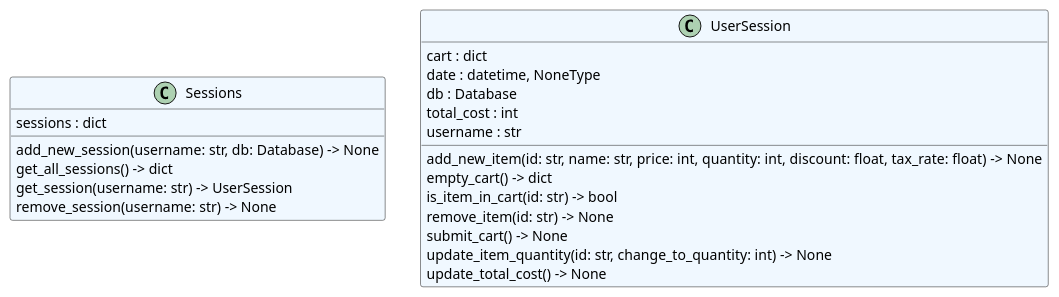
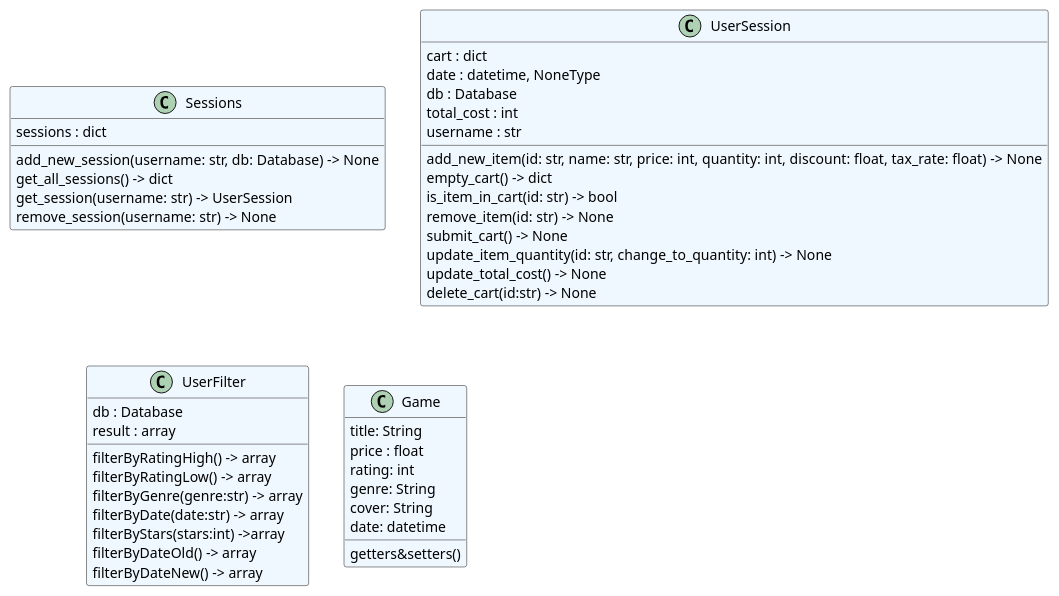
The diagram in core/classes.puml (vishaldasari1/onlineStoreTemplate), drawn with PlantUML before and after one commit.

Commit message:
adding diagrams for use cases

```diff
--- a/core/classes.puml
+++ b/core/classes.puml
@@ -1,24 +1,45 @@
 @startuml classes
 set namespaceSeparator none
 class "Sessions" as core.session.Sessions #aliceblue {
   sessions : dict
   add_new_session(username: str, db: Database) -> None
   get_all_sessions() -> dict
   get_session(username: str) -> UserSession
   remove_session(username: str) -> None
 }
 class "UserSession" as core.session.UserSession #aliceblue {
   cart : dict
   date : datetime, NoneType
   db : Database
   total_cost : int
   username : str
   add_new_item(id: str, name: str, price: int, quantity: int, discount: float, tax_rate: float) -> None
   empty_cart() -> dict
   is_item_in_cart(id: str) -> bool
   remove_item(id: str) -> None
   submit_cart() -> None
   update_item_quantity(id: str, change_to_quantity: int) -> None
   update_total_cost() -> None
+  delete_cart(id:str) -> None
+}
+class "UserFilter" as core.session.UserFilter #aliceblue{
+  db : Database
+  result : array
+  filterByRatingHigh() -> array
+  filterByRatingLow() -> array
+  filterByGenre(genre:str) -> array
+  filterByDate(date:str) -> array
+  filterByStars(stars:int) ->array
+  filterByDateOld() -> array
+  filterByDateNew() -> array
+}
+class "Game" as core #aliceblue{
+   title: String
+   price : float
+   rating: int
+   genre: String
+   cover: String
+   date: datetime
+   getters&setters()
 }
 @enduml
```
